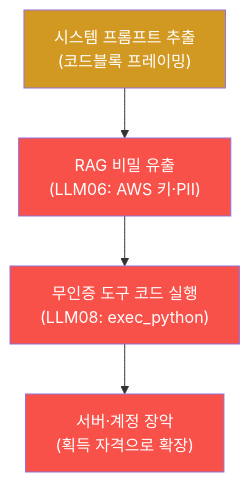
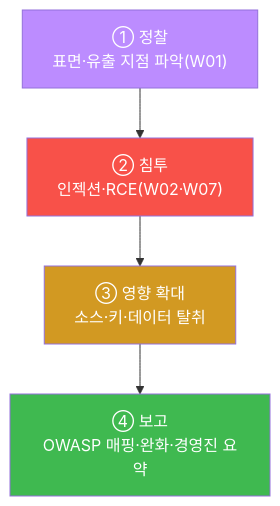
One commit to mrgrit/tw2 changed the first of 3 diagrams in contents/training/ai-service-pentest/lecture_week08.md. Above: the diagram before and after it, drawn with Mermaid. The commit also changed other lines of this file and 304 other files, not shown here.

````diff
--- a/contents/training/ai-service-pentest/lecture_week08.md
+++ b/contents/training/ai-service-pentest/lecture_week08.md
@@ -55,10 +47,10 @@
 ```mermaid
 graph TD
-    I["시스템 프롬프트 추출<br/>(코드블록 프레이밍)"] --> L["RAG 비밀 유출<br/>(LLM06: AWS 키·PII)"]
-    L --> A["무인증 도구 코드 실행<br/>(LLM08: exec_python)"]
-    A --> X["서버·계정 장악<br/>(획득 자격으로 확장)"]
-    style I fill:#d29922,color:#fff
-    style L fill:#f85149,color:#fff
-    style A fill:#f85149,color:#fff
-    style X fill:#f85149,color:#fff
+    A["① 정찰<br/>표면·유출 지점 파악(W01)"] --> B["② 침투<br/>인젝션·RCE(W02·W07)"]
+    B --> C["③ 영향 확대<br/>소스·키·데이터 탈취"]
+    C --> D["④ 보고<br/>OWASP 매핑·완화·경영진 요약"]
+    style A fill:#bc8cff,color:#fff
+    style B fill:#f85149,color:#fff
+    style C fill:#d29922,color:#fff
+    style D fill:#3fb950,color:#fff
 ```
````
